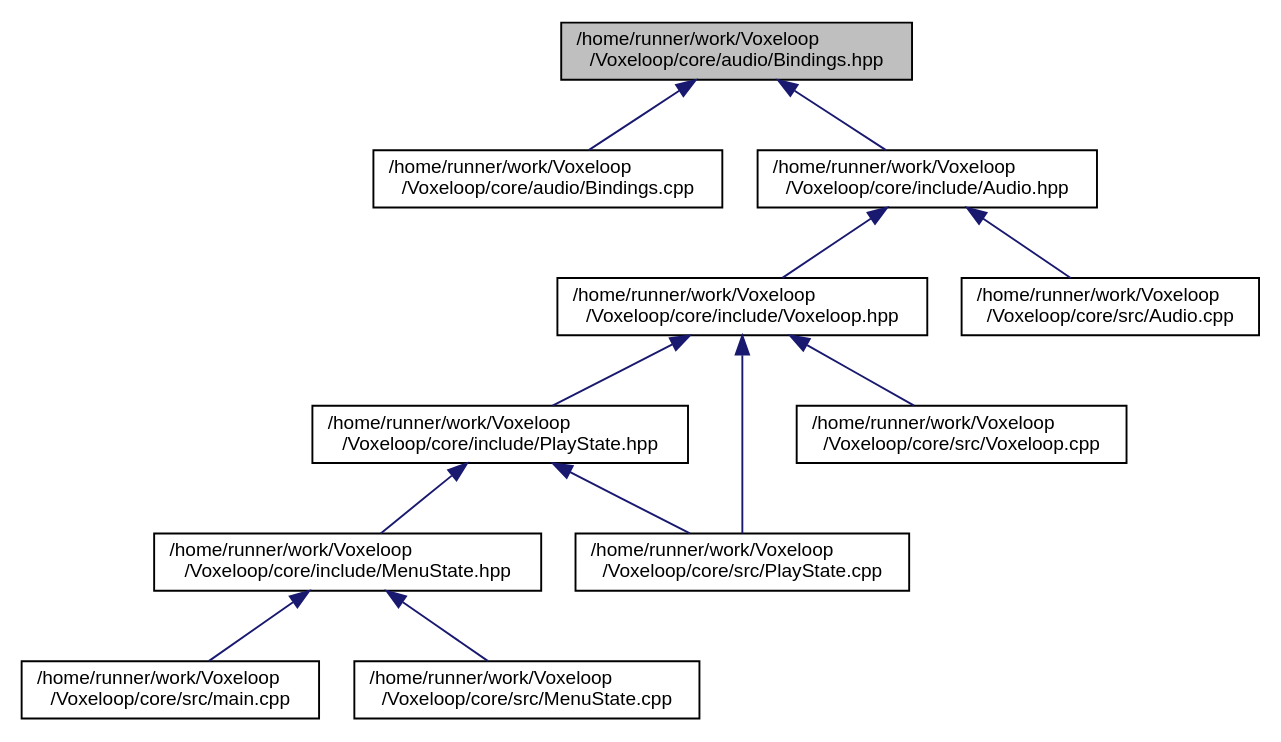
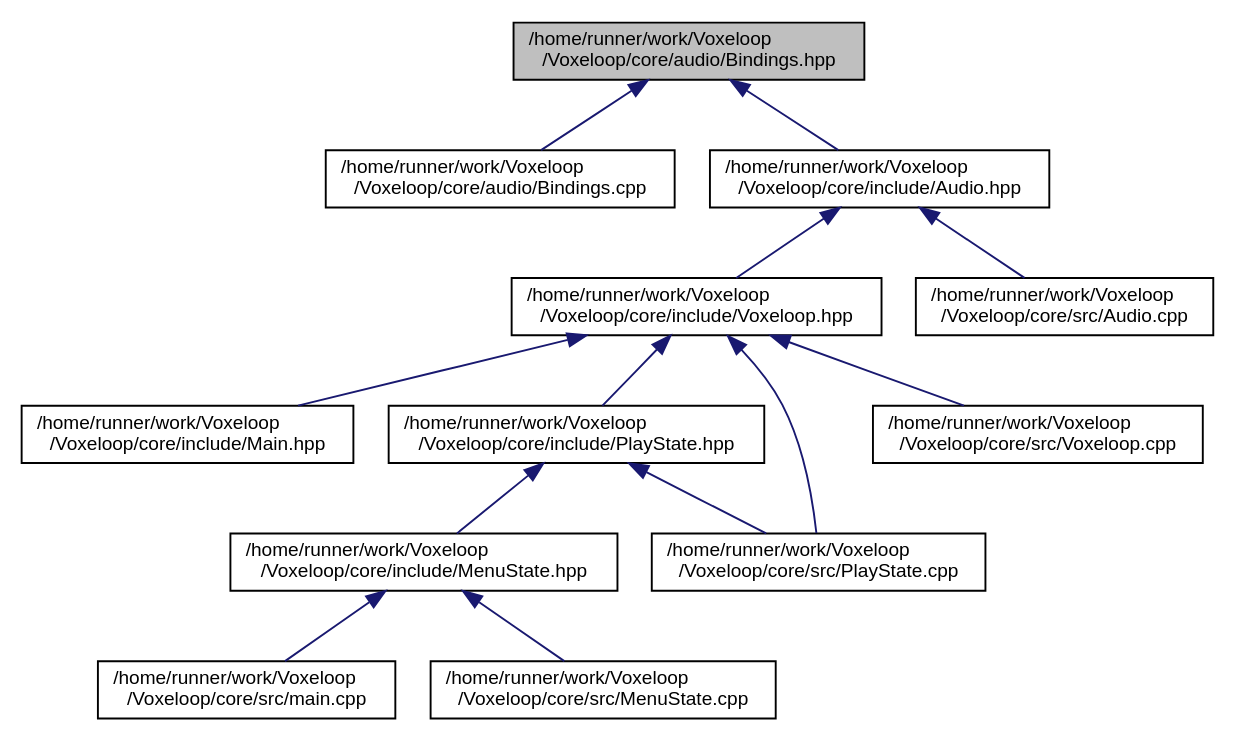
The diagram in docs/Bindings_8hpp__dep__incl.dot (jarp0l/Voxeloop), drawn with Graphviz before and after one commit. The commit also changed 133 other files, not shown here.

```diff
--- a/docs/Bindings_8hpp__dep__incl.dot
+++ b/docs/Bindings_8hpp__dep__incl.dot
@@ -1,29 +1,31 @@
 digraph "/home/runner/work/Voxeloop/Voxeloop/core/audio/Bindings.hpp"
 {
  // INTERACTIVE_SVG=YES
  // LATEX_PDF_SIZE
   edge [fontname="Helvetica",fontsize="10",labelfontname="Helvetica",labelfontsize="10"];
   node [fontname="Helvetica",fontsize="10",shape=record];
   Node1 [label="/home/runner/work/Voxeloop\l/Voxeloop/core/audio/Bindings.hpp",height=0.2,width=0.4,color="black", fillcolor="grey75", style="filled", fontcolor="black",tooltip=" "];
   Node1 -> Node2 [dir="back",color="midnightblue",fontsize="10",style="solid",fontname="Helvetica"];
   Node2 [label="/home/runner/work/Voxeloop\l/Voxeloop/core/audio/Bindings.cpp",height=0.2,width=0.4,color="black", fillcolor="white", style="filled",URL="$Bindings_8cpp.html",tooltip=" "];
   Node1 -> Node3 [dir="back",color="midnightblue",fontsize="10",style="solid",fontname="Helvetica"];
   Node3 [label="/home/runner/work/Voxeloop\l/Voxeloop/core/include/Audio.hpp",height=0.2,width=0.4,color="black", fillcolor="white", style="filled",URL="$Audio_8hpp.html",tooltip=" "];
   Node3 -> Node4 [dir="back",color="midnightblue",fontsize="10",style="solid",fontname="Helvetica"];
   Node4 [label="/home/runner/work/Voxeloop\l/Voxeloop/core/include/Voxeloop.hpp",height=0.2,width=0.4,color="black", fillcolor="white", style="filled",URL="$Voxeloop_8hpp.html",tooltip=" "];
   Node4 -> Node5 [dir="back",color="midnightblue",fontsize="10",style="solid",fontname="Helvetica"];
-  Node5 [label="/home/runner/work/Voxeloop\l/Voxeloop/core/include/PlayState.hpp",height=0.2,width=0.4,color="black", fillcolor="white", style="filled",URL="$PlayState_8hpp.html",tooltip=" "];
-  Node5 -> Node6 [dir="back",color="midnightblue",fontsize="10",style="solid",fontname="Helvetica"];
-  Node6 [label="/home/runner/work/Voxeloop\l/Voxeloop/core/include/MenuState.hpp",height=0.2,width=0.4,color="black", fillcolor="white", style="filled",URL="$MenuState_8hpp.html",tooltip=" "];
+  Node5 [label="/home/runner/work/Voxeloop\l/Voxeloop/core/include/Main.hpp",height=0.2,width=0.4,color="black", fillcolor="white", style="filled",URL="$Main_8hpp.html",tooltip=" "];
+  Node4 -> Node6 [dir="back",color="midnightblue",fontsize="10",style="solid",fontname="Helvetica"];
+  Node6 [label="/home/runner/work/Voxeloop\l/Voxeloop/core/include/PlayState.hpp",height=0.2,width=0.4,color="black", fillcolor="white", style="filled",URL="$PlayState_8hpp.html",tooltip=" "];
   Node6 -> Node7 [dir="back",color="midnightblue",fontsize="10",style="solid",fontname="Helvetica"];
-  Node7 [label="/home/runner/work/Voxeloop\l/Voxeloop/core/src/main.cpp",height=0.2,width=0.4,color="black", fillcolor="white", style="filled",URL="$main_8cpp.html",tooltip=" "];
-  Node6 -> Node8 [dir="back",color="midnightblue",fontsize="10",style="solid",fontname="Helvetica"];
-  Node8 [label="/home/runner/work/Voxeloop\l/Voxeloop/core/src/MenuState.cpp",height=0.2,width=0.4,color="black", fillcolor="white", style="filled",URL="$MenuState_8cpp.html",tooltip=" "];
-  Node5 -> Node9 [dir="back",color="midnightblue",fontsize="10",style="solid",fontname="Helvetica"];
-  Node9 [label="/home/runner/work/Voxeloop\l/Voxeloop/core/src/PlayState.cpp",height=0.2,width=0.4,color="black", fillcolor="white", style="filled",URL="$PlayState_8cpp.html",tooltip=" "];
-  Node4 -> Node9 [dir="back",color="midnightblue",fontsize="10",style="solid",fontname="Helvetica"];
+  Node7 [label="/home/runner/work/Voxeloop\l/Voxeloop/core/include/MenuState.hpp",height=0.2,width=0.4,color="black", fillcolor="white", style="filled",URL="$MenuState_8hpp.html",tooltip=" "];
+  Node7 -> Node8 [dir="back",color="midnightblue",fontsize="10",style="solid",fontname="Helvetica"];
+  Node8 [label="/home/runner/work/Voxeloop\l/Voxeloop/core/src/main.cpp",height=0.2,width=0.4,color="black", fillcolor="white", style="filled",URL="$main_8cpp.html",tooltip=" "];
+  Node7 -> Node9 [dir="back",color="midnightblue",fontsize="10",style="solid",fontname="Helvetica"];
+  Node9 [label="/home/runner/work/Voxeloop\l/Voxeloop/core/src/MenuState.cpp",height=0.2,width=0.4,color="black", fillcolor="white", style="filled",URL="$MenuState_8cpp.html",tooltip=" "];
+  Node6 -> Node10 [dir="back",color="midnightblue",fontsize="10",style="solid",fontname="Helvetica"];
+  Node10 [label="/home/runner/work/Voxeloop\l/Voxeloop/core/src/PlayState.cpp",height=0.2,width=0.4,color="black", fillcolor="white", style="filled",URL="$PlayState_8cpp.html",tooltip=" "];
   Node4 -> Node10 [dir="back",color="midnightblue",fontsize="10",style="solid",fontname="Helvetica"];
-  Node10 [label="/home/runner/work/Voxeloop\l/Voxeloop/core/src/Voxeloop.cpp",height=0.2,width=0.4,color="black", fillcolor="white", style="filled",URL="$Voxeloop_8cpp.html",tooltip=" "];
-  Node3 -> Node11 [dir="back",color="midnightblue",fontsize="10",style="solid",fontname="Helvetica"];
-  Node11 [label="/home/runner/work/Voxeloop\l/Voxeloop/core/src/Audio.cpp",height=0.2,width=0.4,color="black", fillcolor="white", style="filled",URL="$Audio_8cpp.html",tooltip=" "];
+  Node4 -> Node11 [dir="back",color="midnightblue",fontsize="10",style="solid",fontname="Helvetica"];
+  Node11 [label="/home/runner/work/Voxeloop\l/Voxeloop/core/src/Voxeloop.cpp",height=0.2,width=0.4,color="black", fillcolor="white", style="filled",URL="$Voxeloop_8cpp.html",tooltip=" "];
+  Node3 -> Node12 [dir="back",color="midnightblue",fontsize="10",style="solid",fontname="Helvetica"];
+  Node12 [label="/home/runner/work/Voxeloop\l/Voxeloop/core/src/Audio.cpp",height=0.2,width=0.4,color="black", fillcolor="white", style="filled",URL="$Audio_8cpp.html",tooltip=" "];
 }
```
